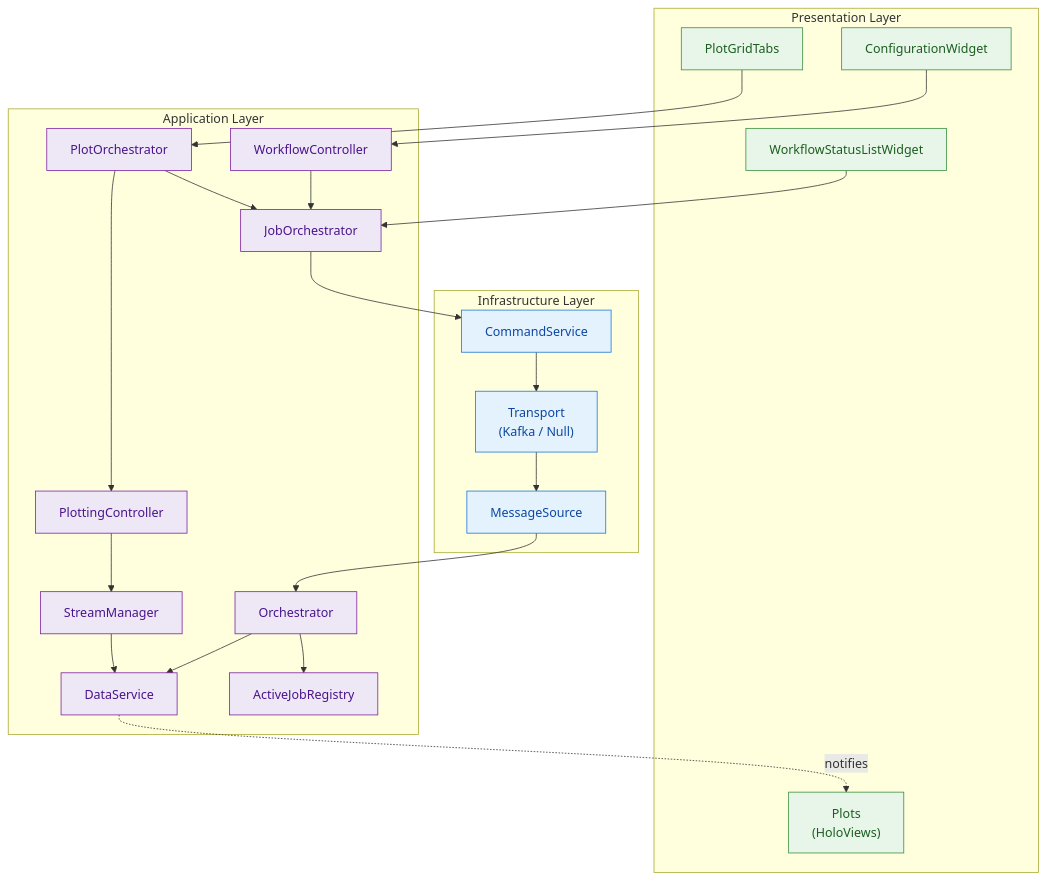
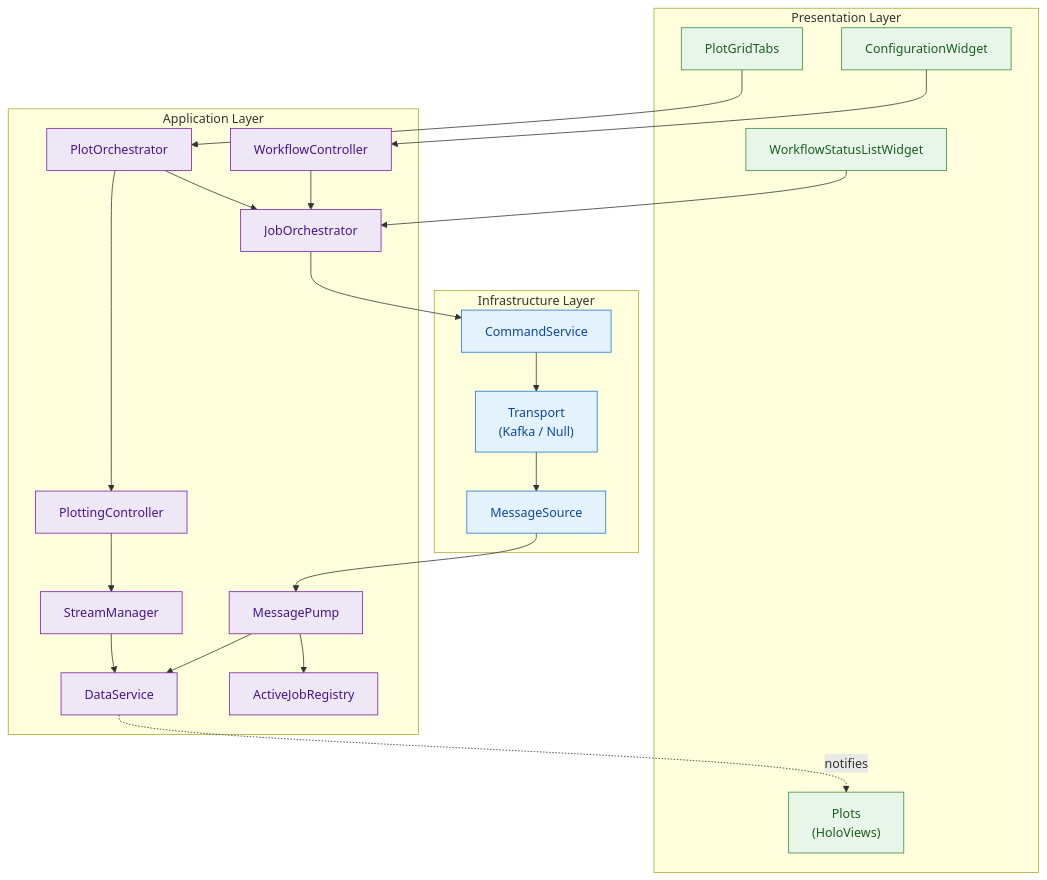
Before and after one commit to scipp/esslivedata: the second of 7 diagrams in docs/developer/design/dashboard-architecture.md, drawn with Mermaid. The commit also changed other lines of this file and 23 other files, not shown here.

````diff
--- a/docs/developer/design/dashboard-architecture.md
+++ b/docs/developer/design/dashboard-architecture.md
@@ -52,49 +52,49 @@
 ```mermaid
 graph TD
     subgraph "Infrastructure Layer"
         T["Transport<br>(Kafka / Null)"]
         MS["MessageSource"]
         CS["CommandService"]
     end
 
     subgraph "Application Layer"
-        O["Orchestrator"]
+        O["MessagePump"]
         DS["DataService"]
         JO["JobOrchestrator"]
         AJR["ActiveJobRegistry"]
         PO["PlotOrchestrator"]
         PC["PlottingController"]
         SM["StreamManager"]
         WC["WorkflowController"]
     end
 
     subgraph "Presentation Layer"
         PGT["PlotGridTabs"]
         WSW["WorkflowStatusListWidget"]
         CW["ConfigurationWidget"]
         Plots["Plots<br>(HoloViews)"]
     end
 
     T --> MS
     MS --> O
     O --> DS
     O --> AJR
     CS --> T
     JO --> CS
     WC --> JO
     PO --> PC
     PC --> SM
     SM --> DS
     PO --> JO
     PGT --> PO
     WSW --> JO
     CW --> WC
     DS -.->|notifies| Plots
 
     classDef infra fill:#e3f2fd,stroke:#1976d2,color:#0d47a1;
     classDef app fill:#ede7f6,stroke:#7b1fa2,color:#4a148c;
     classDef presentation fill:#e8f5e9,stroke:#388e3c,color:#1b5e20;
     class T,MS,CS infra;
     class O,DS,JO,AJR,PO,PC,SM,WC app;
     class PGT,WSW,CW,Plots presentation;
 ```
````
